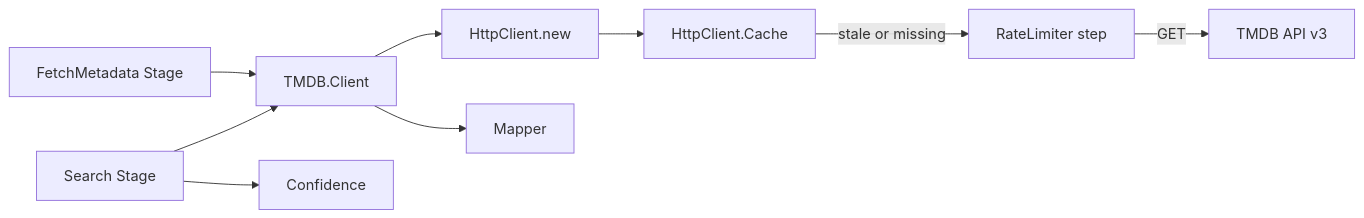
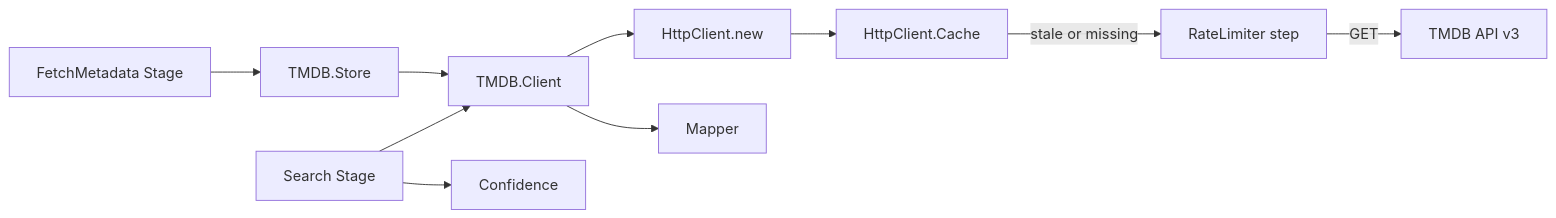
The diagram in docs/tmdb.md (media-centaur/media-centaur), drawn with Mermaid before and after one commit. The commit also changed other lines of this file and 2 other files, not shown here.

Commit message:
docs: Phase 4 of tmdb-fetch-policy — docs/tmdb.md, docs/pipeline.md, design rows, glossary, campaign files

````diff
--- a/docs/tmdb.md
+++ b/docs/tmdb.md
@@ -15,11 +15,12 @@
 ```mermaid
 graph LR
     Search[Search Stage] --> Client
-    Fetch[FetchMetadata Stage] --> Client
+    Fetch[FetchMetadata Stage] --> Store
+    Store[TMDB.Store] --> Client
     Client[TMDB.Client] --> Seam[HttpClient.new]
     Seam --> Cache[HttpClient.Cache]
     Cache -->|"stale or missing"| RL[RateLimiter step]
     RL -->|GET| API[TMDB API v3]
     Client --> Mapper[Mapper]
     Search --> Confidence[Confidence]
 ```
````
